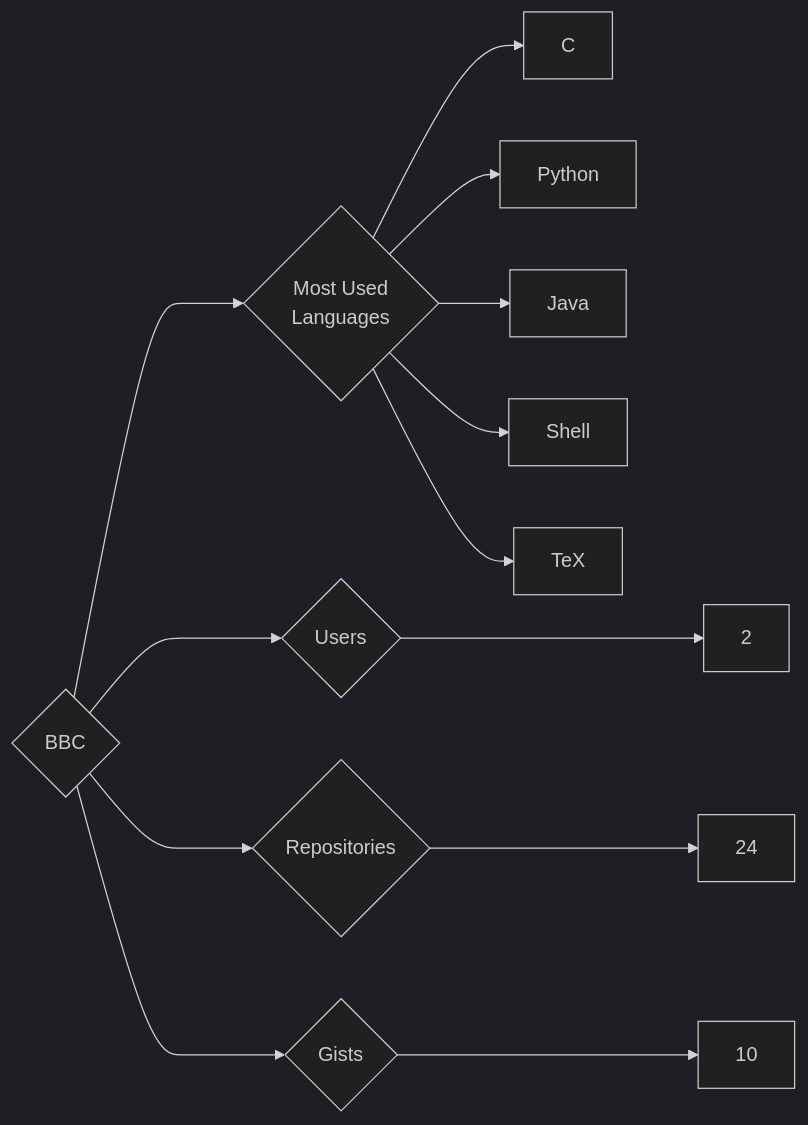
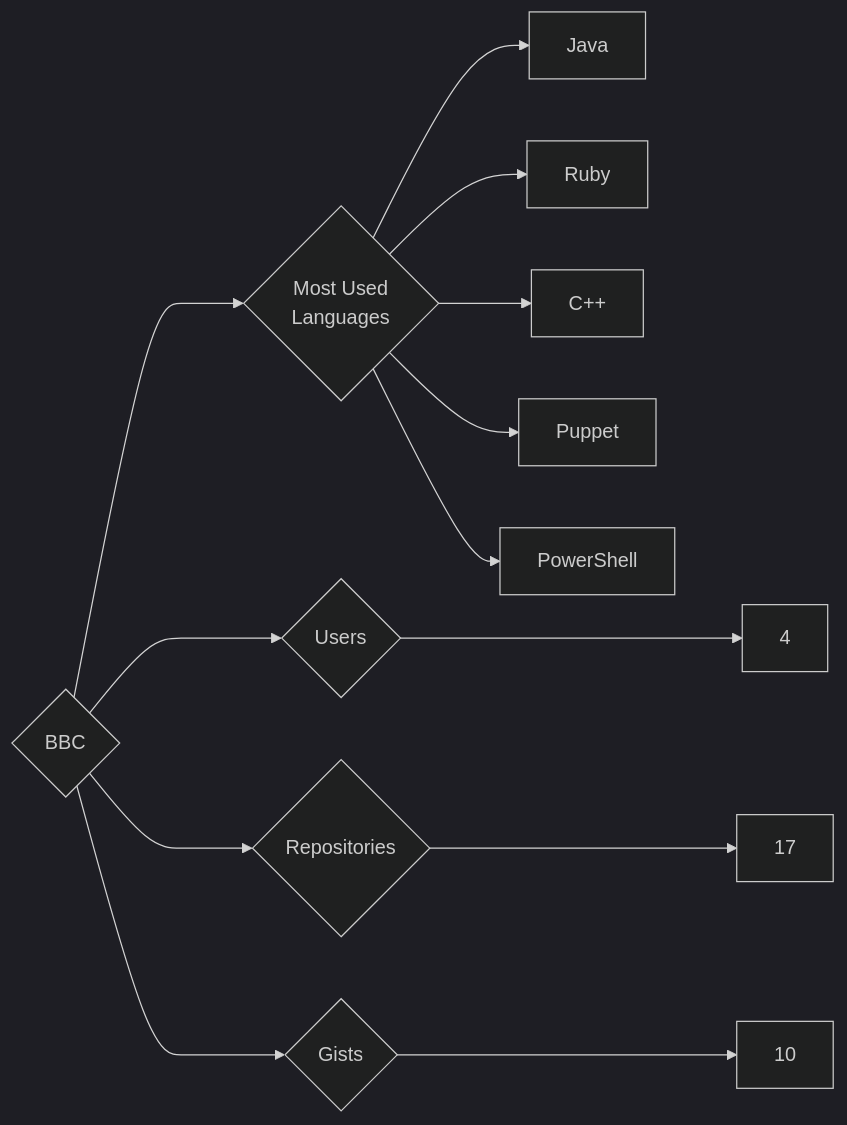
One commit to trickest/insiders changed the diagram in targets/BBC/README.md. Above: the diagram before and after it, drawn with Mermaid (dark theme). The commit also changed 873 other files, not shown here.

````diff
--- a/targets/BBC/README.md
+++ b/targets/BBC/README.md
@@ -3,13 +3,13 @@
 ```mermaid
 graph LR
 COMPANY_NAME{BBC}
-COMPANY_NAME ---> U{Users} ---> UN[2]
-COMPANY_NAME ---> R{Repositories} ---> RN[24]
+COMPANY_NAME ---> U{Users} ---> UN[4]
+COMPANY_NAME ---> R{Repositories} ---> RN[17]
 COMPANY_NAME ---> G{Gists} ---> GN[10]
 COMPANY_NAME ---> ML{Most Used<br>Languages}
-ML --> C[C]
-ML --> Python[Python]
 ML --> Java[Java]
-ML --> Shell[Shell]
-ML --> TeX[TeX]
+ML --> Ruby[Ruby]
+ML --> C++[C++]
+ML --> Puppet[Puppet]
+ML --> PowerShell[PowerShell]
 ```
````
